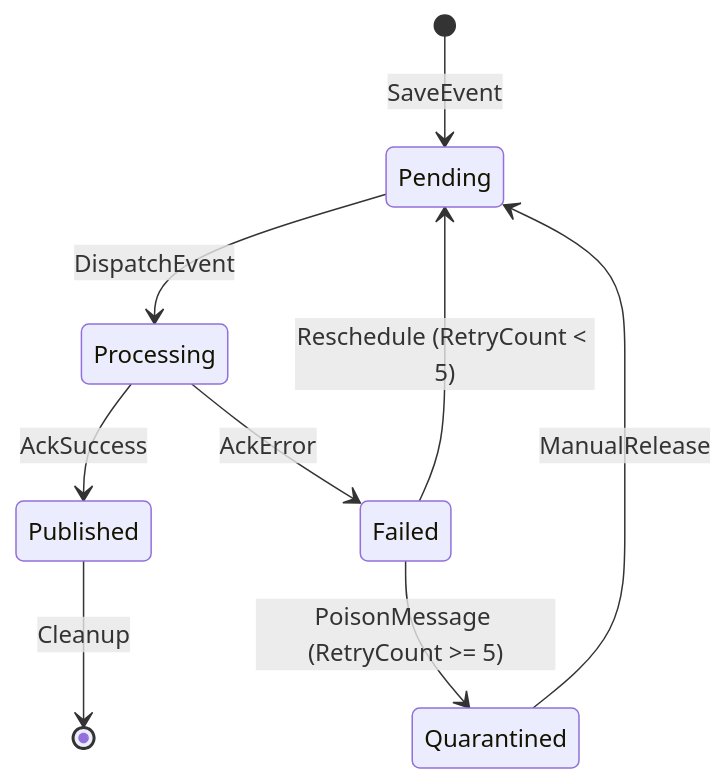
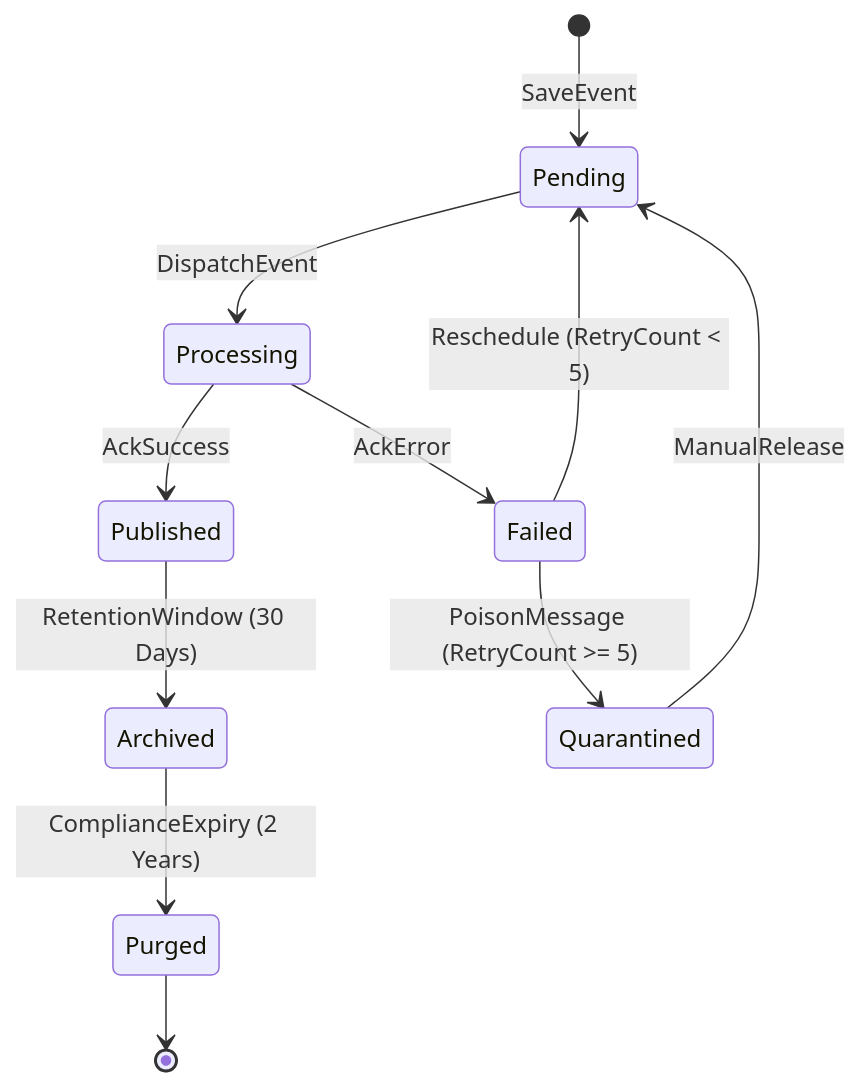
The fourth of 4 diagrams in docs/002. State Machine Specification.md (JheyssonD/AVAL.API), drawn with Mermaid before and after one commit. The commit also changed other lines of this file and 24 other files, not shown here.

````diff
--- a/docs/002. State Machine Specification.md
+++ b/docs/002. State Machine Specification.md
@@ -84,11 +100,13 @@
 ```mermaid
 stateDiagram-v2
     [*] --> Pending: SaveEvent
     Pending --> Processing: DispatchEvent
     Processing --> Published: AckSuccess
     Processing --> Failed: AckError
     Failed --> Pending: Reschedule (RetryCount < 5)
     Failed --> Quarantined: PoisonMessage (RetryCount >= 5)
     Quarantined --> Pending: ManualRelease
-    Published --> [*]: Cleanup
+    Published --> Archived: RetentionWindow (30 Days)
+    Archived --> Purged: ComplianceExpiry (2 Years)
+    Purged --> [*]
 ```
````
